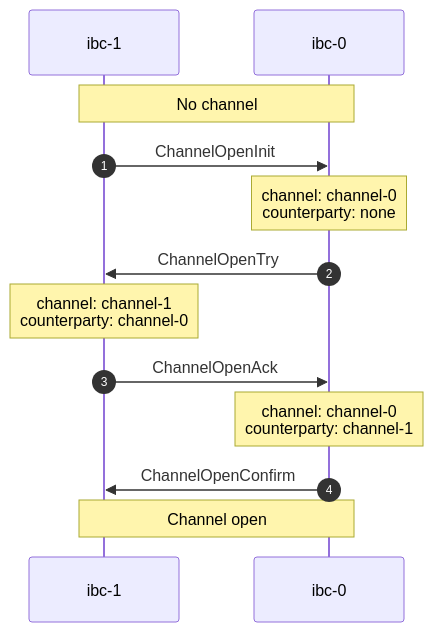
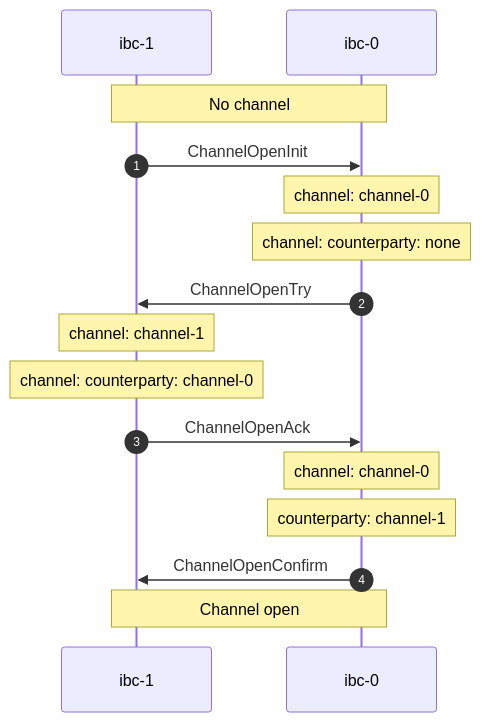
The diagram in guide/src/tx_channel.md (informalsystems/hermes), drawn with Mermaid before and after one commit. The commit also changed 1 other file, not shown here.

Commit message:
Improve conn and chan diagrams

````diff
--- a/guide/src/tx_channel.md
+++ b/guide/src/tx_channel.md
@@ -7,15 +7,18 @@
 ```mermaid
 sequenceDiagram
     autonumber
     participant A as ibc-1
     participant B as ibc-0
     Note over A, B: No channel
     A->>B: ChannelOpenInit
-    Note over B: channel: channel-0 <br /> counterparty: none
+    Note over B: channel: channel-0
+    Note over B: channel: counterparty: none
     B->>A: ChannelOpenTry
-    Note over A: channel: channel-1 <br /> counterparty: channel-0
+    Note over A: channel: channel-1
+    Note over A: channel: counterparty: channel-0
     A->>B: ChannelOpenAck
-    note over B: channel: channel-0 <br /> counterparty: channel-1
+    note over B: channel: channel-0
+    note over B: counterparty: channel-1
     B->>A: ChannelOpenConfirm
     Note over A, B: Channel open
 ```
````
